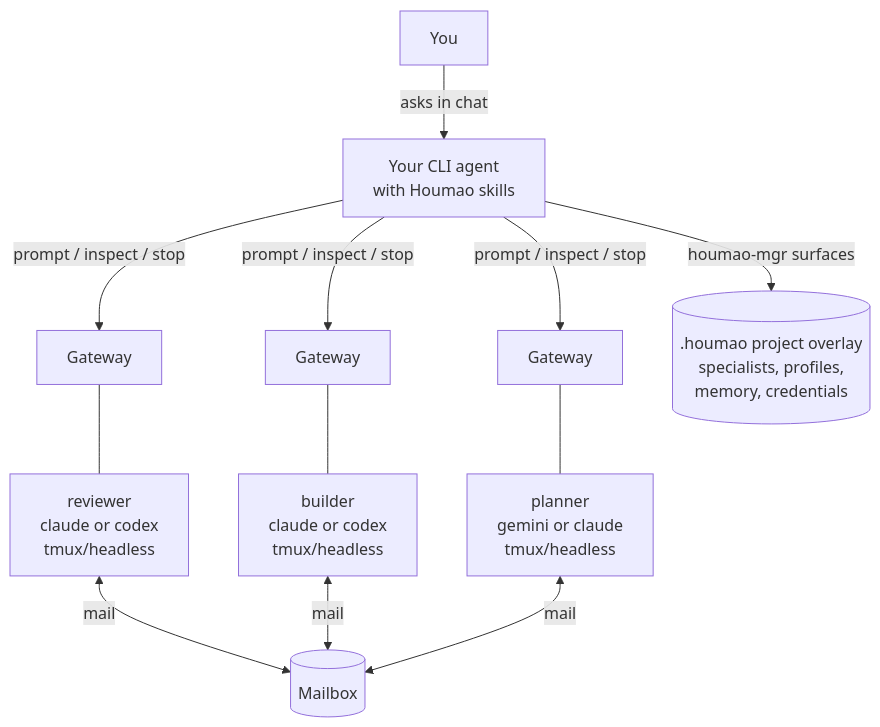
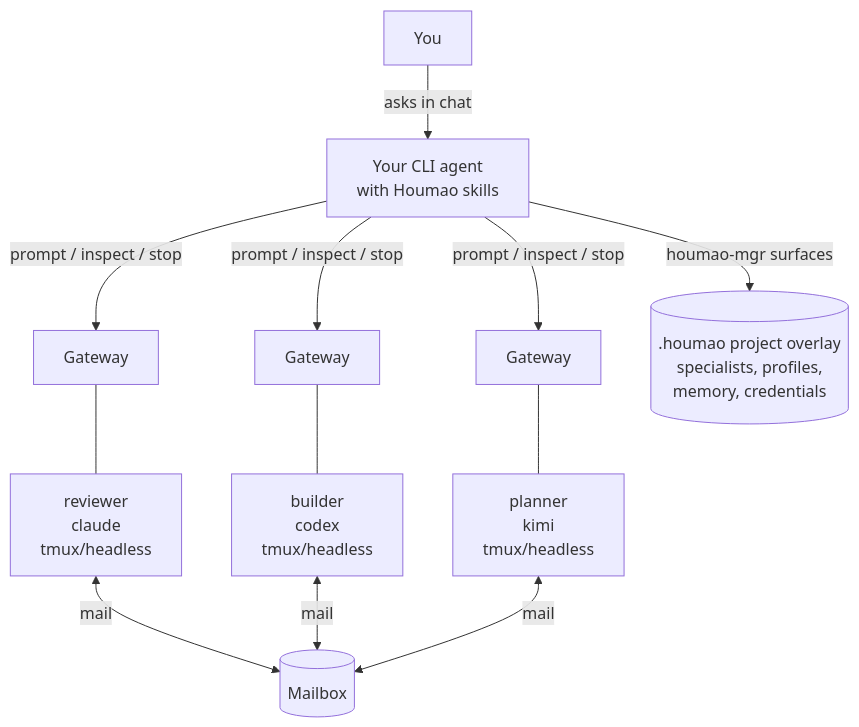
The diagram in README.md (igamenovoer/houmao), drawn with Mermaid before and after one commit. The commit also changed other lines of this file and 93 other files, not shown here.

````diff
--- a/README.md
+++ b/README.md
@@ -22,25 +22,25 @@
 ```mermaid
 flowchart TB
     U["You"]
     UA["Your CLI agent<br/>with Houmao skills"]
     GW1["Gateway"]
     GW2["Gateway"]
     GW3["Gateway"]
-    A1["reviewer<br/>claude or codex<br/>tmux/headless"]
-    A2["builder<br/>claude or codex<br/>tmux/headless"]
-    A3["planner<br/>gemini or claude<br/>tmux/headless"]
+    A1["reviewer<br/>claude<br/>tmux/headless"]
+    A2["builder<br/>codex<br/>tmux/headless"]
+    A3["planner<br/>kimi<br/>tmux/headless"]
     MB[("Mailbox")]
     FS[(".houmao project overlay<br/>specialists, profiles,<br/>memory, credentials")]
 
     U -->|asks in chat| UA
     UA -->|houmao-mgr surfaces| FS
     UA -->|prompt / inspect / stop| GW1
     UA -->|prompt / inspect / stop| GW2
     UA -->|prompt / inspect / stop| GW3
     GW1 --- A1
     GW2 --- A2
     GW3 --- A3
     A1 <-->|mail| MB
     A2 <-->|mail| MB
     A3 <-->|mail| MB
 ```
````
